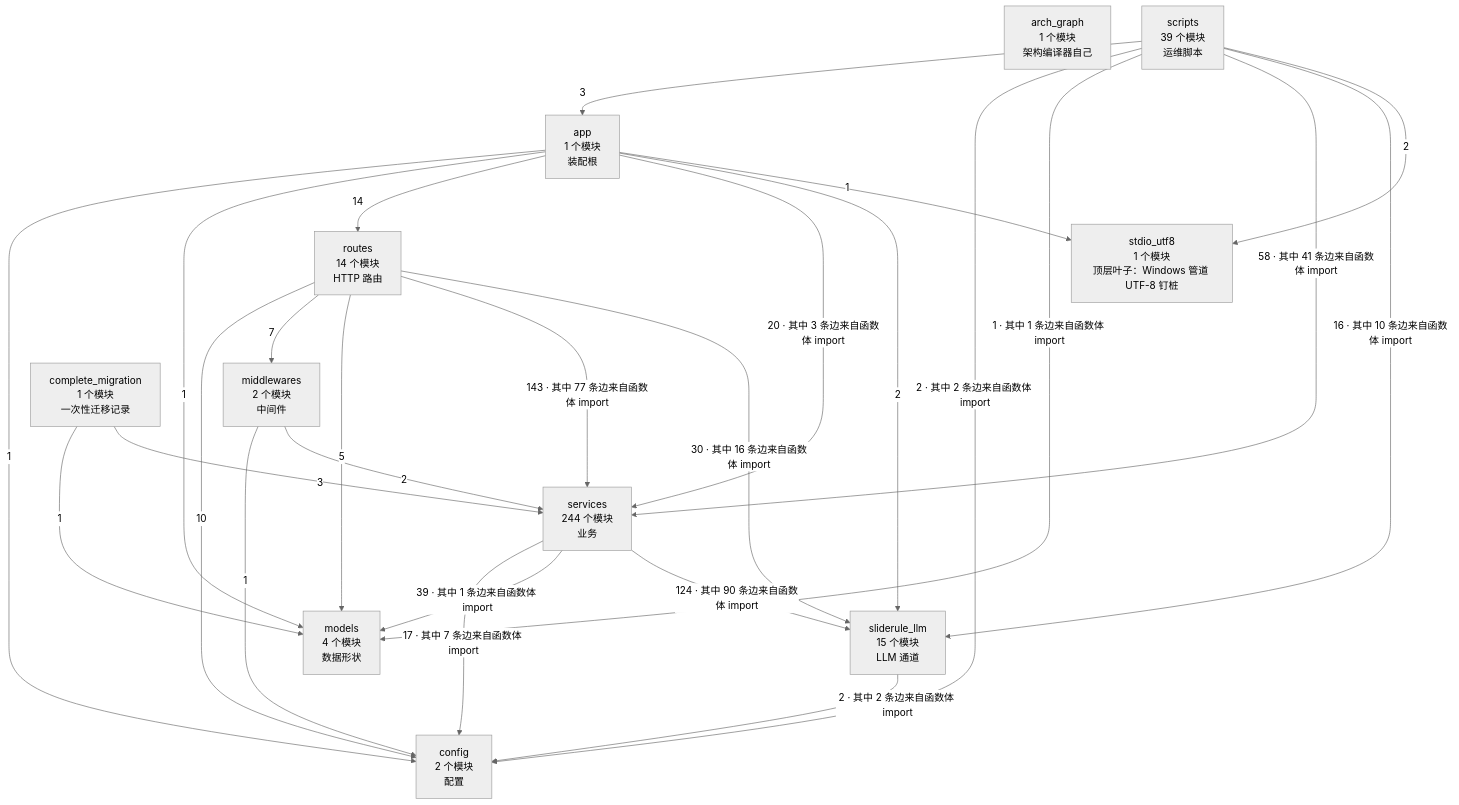
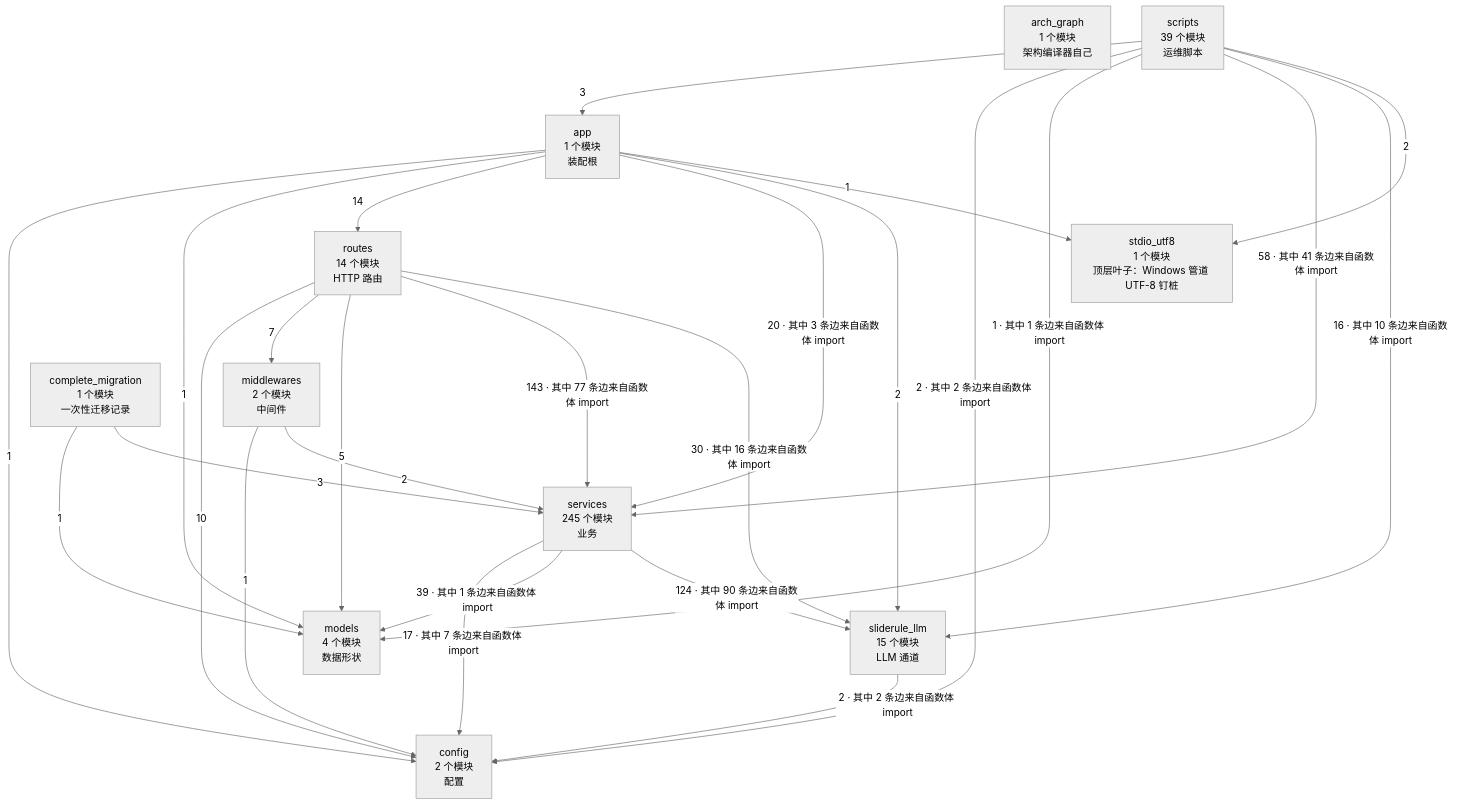
The second of 4 diagrams in docs/SlideRule V6.2 架构图（自动生成）.md (2686521696/WhyBuddy), drawn with Mermaid (neutral theme) before and after one commit. The commit also changed other lines of this file and 33 other files, not shown here.

````diff
--- a/docs/SlideRule V6.2 架构图（自动生成）.md
+++ b/docs/SlideRule V6.2 架构图（自动生成）.md
@@ -62,39 +62,39 @@
 ```mermaid
 flowchart TB
   arch_graph["arch_graph<br/>1 个模块<br/>架构编译器自己"]
   config["config<br/>2 个模块<br/>配置"]
   models["models<br/>4 个模块<br/>数据形状"]
   stdio_utf8["stdio_utf8<br/>1 个模块<br/>顶层叶子：Windows 管道 UTF-8 钉桩"]
   sliderule_llm["sliderule_llm<br/>15 个模块<br/>LLM 通道"]
   middlewares["middlewares<br/>2 个模块<br/>中间件"]
-  services["services<br/>244 个模块<br/>业务"]
+  services["services<br/>245 个模块<br/>业务"]
   routes["routes<br/>14 个模块<br/>HTTP 路由"]
   app["app<br/>1 个模块<br/>装配根"]
   complete_migration["complete_migration<br/>1 个模块<br/>一次性迁移记录"]
   scripts["scripts<br/>39 个模块<br/>运维脚本"]
   app -->|1| config
   app -->|1| models
   app -->|14| routes
   app -->|20 · 其中 3 条边来自函数体 import| services
   app -->|2| sliderule_llm
   app -->|1| stdio_utf8
   complete_migration -->|1| models
   complete_migration -->|3| services
   middlewares -->|1| config
   middlewares -->|2| services
   routes -->|10| config
   routes -->|7| middlewares
   routes -->|5| models
   routes -->|143 · 其中 77 条边来自函数体 import| services
   routes -->|30 · 其中 16 条边来自函数体 import| sliderule_llm
   scripts -->|3| app
   scripts -->|2 · 其中 2 条边来自函数体 import| config
   scripts -->|1 · 其中 1 条边来自函数体 import| models
   scripts -->|58 · 其中 41 条边来自函数体 import| services
   scripts -->|16 · 其中 10 条边来自函数体 import| sliderule_llm
   scripts -->|2| stdio_utf8
   services -->|17 · 其中 7 条边来自函数体 import| config
   services -->|39 · 其中 1 条边来自函数体 import| models
   services -->|124 · 其中 90 条边来自函数体 import| sliderule_llm
   sliderule_llm -->|2 · 其中 2 条边来自函数体 import| config
 ```
````
